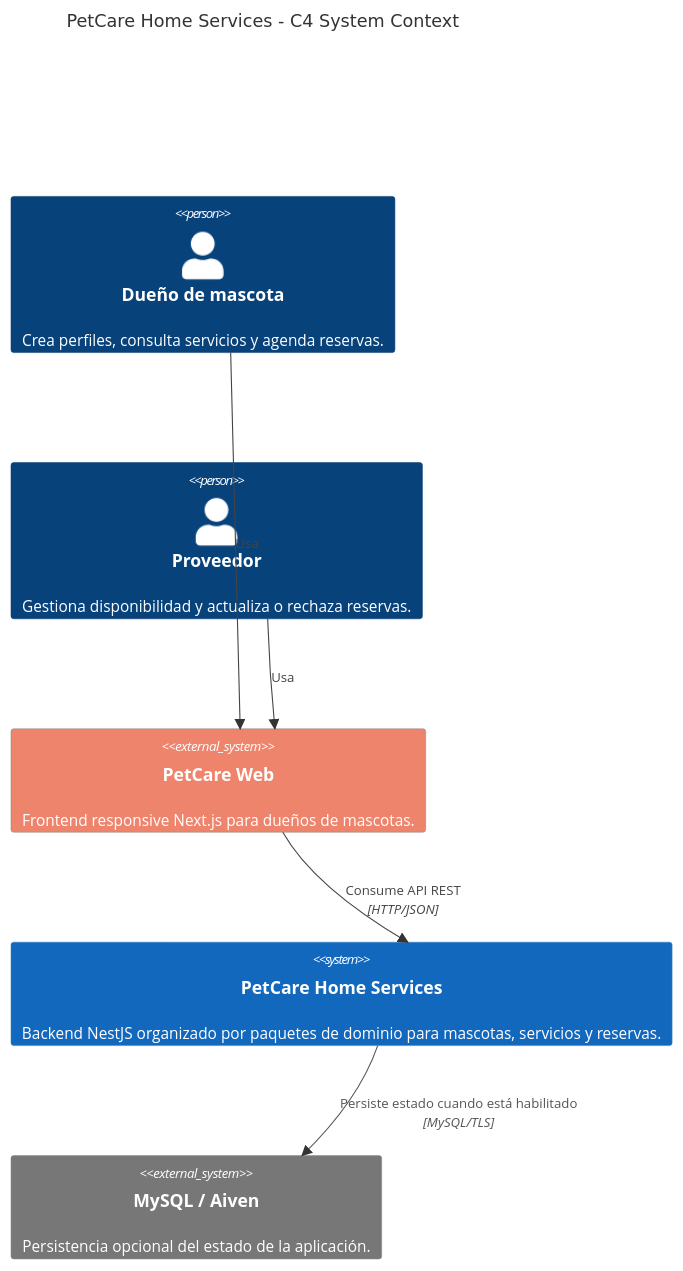
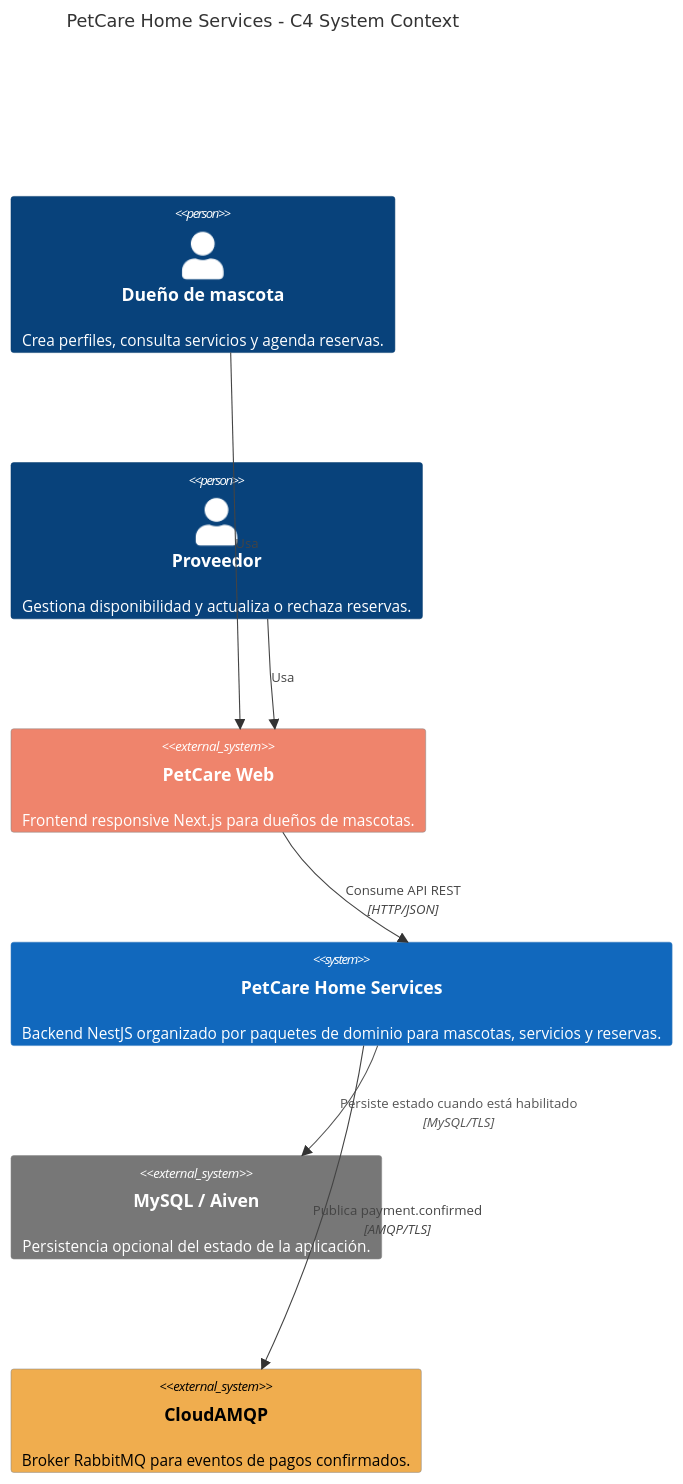
Before and after one commit to guissLib/petcare-backend: the diagram in Diagrams/01-system-context.mmd, drawn with Mermaid. The commit also changed 21 other files, not shown here.

Commit message:
messaging-architecture

```diff
--- a/Diagrams/01-system-context.mmd
+++ b/Diagrams/01-system-context.mmd
@@ -1,18 +1,21 @@
 C4Context
 title PetCare Home Services - C4 System Context
 
 Person(owner, "Dueño de mascota", "Crea perfiles, consulta servicios y agenda reservas.")
 Person(provider, "Proveedor", "Gestiona disponibilidad y actualiza o rechaza reservas.")
 System_Ext(web, "PetCare Web", "Frontend responsive Next.js para dueños de mascotas.")
 System(petcare, "PetCare Home Services", "Backend NestJS organizado por paquetes de dominio para mascotas, servicios y reservas.")
 System_Ext(mysql, "MySQL / Aiven", "Persistencia opcional del estado de la aplicación.")
+System_Ext(amqp, "CloudAMQP", "Broker RabbitMQ para eventos de pagos confirmados.")
 
 Rel(owner, web, "Usa")
 Rel(provider, web, "Usa")
 Rel(web, petcare, "Consume API REST", "HTTP/JSON")
 Rel(petcare, mysql, "Persiste estado cuando está habilitado", "MySQL/TLS")
+Rel(petcare, amqp, "Publica payment.confirmed", "AMQP/TLS")
 
 UpdateElementStyle(web, $bgColor="#ef846c", $fontColor="white")
 UpdateElementStyle(petcare, $bgColor="#1168bd", $fontColor="white")
 UpdateElementStyle(mysql, $bgColor="#777777", $fontColor="white")
+UpdateElementStyle(amqp, $bgColor="#f0ad4e", $fontColor="black")
 UpdateRelStyle(petcare, mysql, $textColor="#555555", $lineColor="#555555")
```
